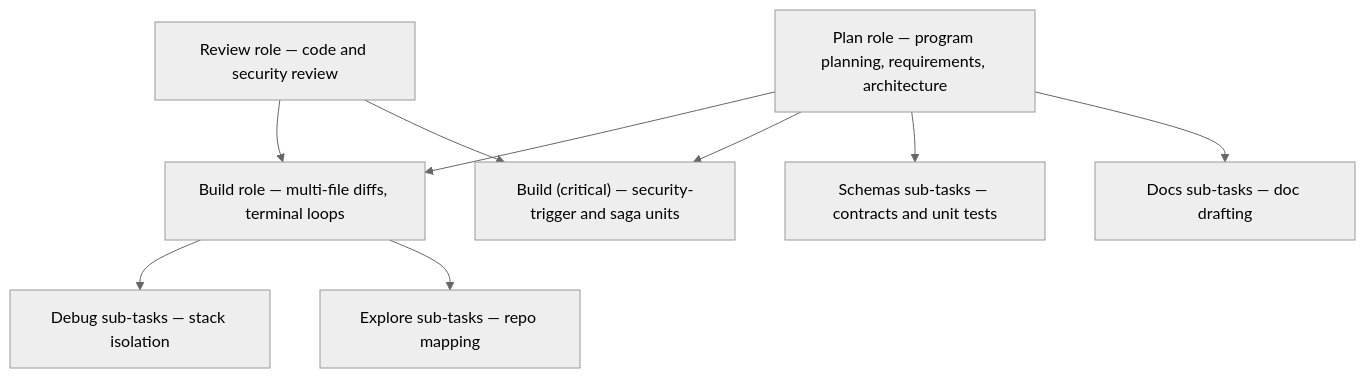
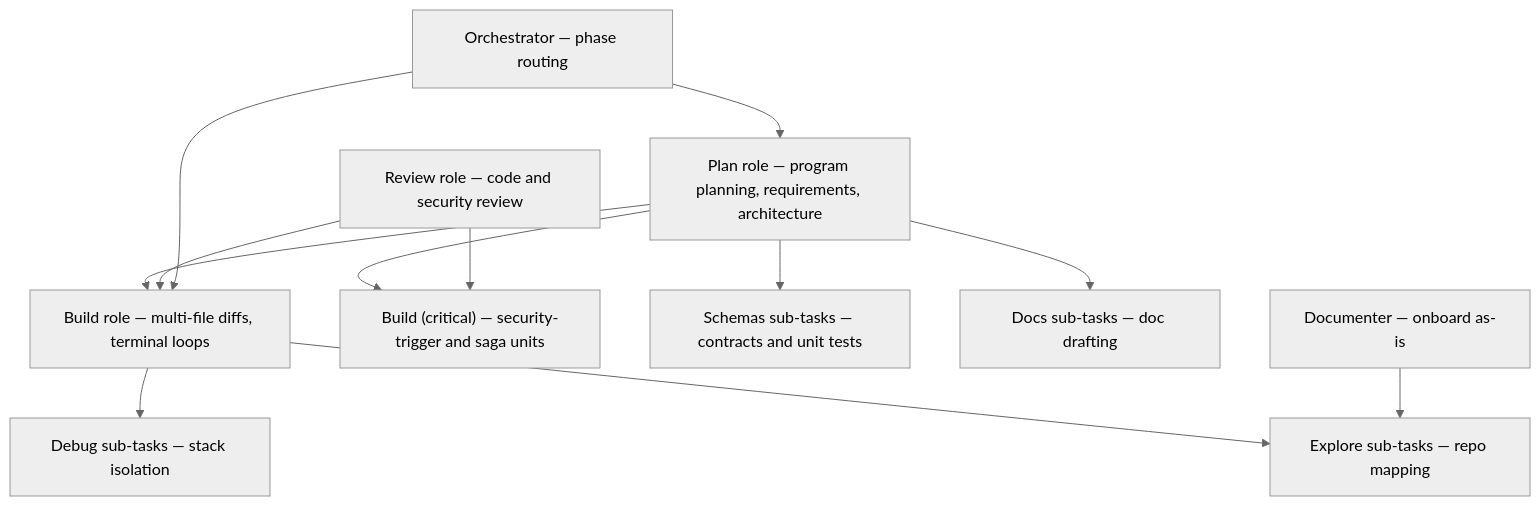
The diagram in docs/model-routing-matrix.md (mdurana/agents-v0-kit), drawn with Mermaid (neutral theme) before and after one commit. The commit also changed other lines of this file and 251 other files, not shown here.

````diff
--- a/docs/model-routing-matrix.md
+++ b/docs/model-routing-matrix.md
@@ -18,19 +27,24 @@
 ```mermaid
 flowchart TD
     plan["Plan role — program planning, requirements, architecture"]
     build["Build role — multi-file diffs, terminal loops"]
     critical["Build (critical) — security-trigger and saga units"]
     review["Review role — code and security review"]
     schemas["Schemas sub-tasks — contracts and unit tests"]
     explore["Explore sub-tasks — repo mapping"]
     debug["Debug sub-tasks — stack isolation"]
     docs["Docs sub-tasks — doc drafting"]
+    documenter["Documenter — onboard as-is"]
+    orchestrator["Orchestrator — phase routing"]
     plan --> build
     plan --> critical
     plan --> schemas
     plan --> docs
     build --> debug
     build --> explore
     review --> build
     review --> critical
+    orchestrator --> plan
+    orchestrator --> build
+    documenter --> explore
 ```
````
